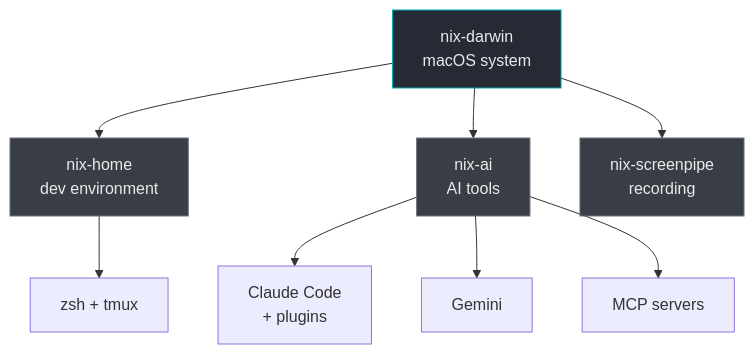
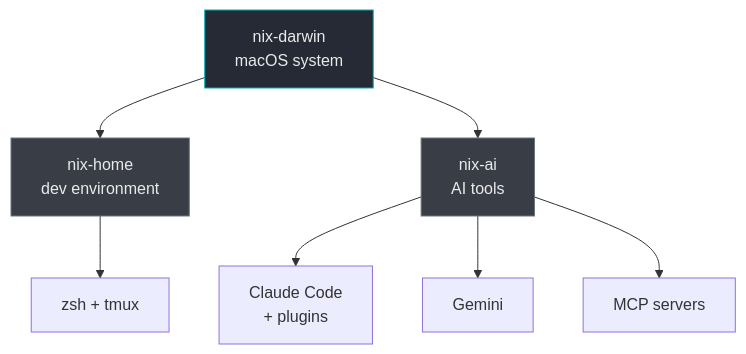
Before and after one commit to JacobPEvans/JacobPEvans.github.io: the third of 3 diagrams in _posts/2026-03-09-markdown-showcase.md, drawn with Mermaid. The commit also changed other lines of this file and 9 other files, not shown here.

```diff
--- a/_posts/2026-03-09-markdown-showcase.md
+++ b/_posts/2026-03-09-markdown-showcase.md
@@ -59,14 +59,12 @@
 <div class="mermaid">
 graph TD
     ND[nix-darwin<br/>macOS system] --> NH[nix-home<br/>dev environment]
     ND --> NAI[nix-ai<br/>AI tools]
-    ND --> NS[nix-screenpipe<br/>recording]
     NH --> SHELL[zsh + tmux]
     NAI --> CC[Claude Code<br/>+ plugins]
     NAI --> GEM[Gemini]
     NAI --> MCP[MCP servers]
     style ND fill:#252a34,stroke:#00adb5,color:#eaeaea
     style NH fill:#393e46,stroke:#6c757d,color:#eaeaea
     style NAI fill:#393e46,stroke:#6c757d,color:#eaeaea
-    style NS fill:#393e46,stroke:#6c757d,color:#eaeaea
 </div>
```
